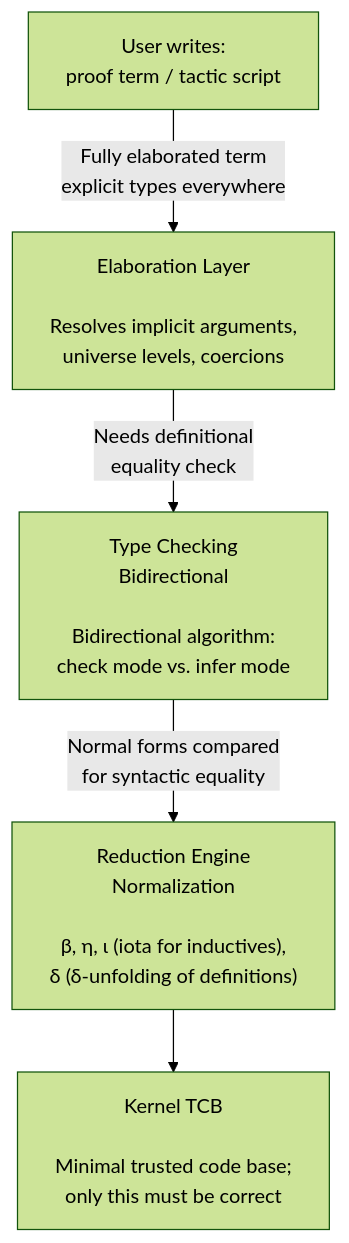
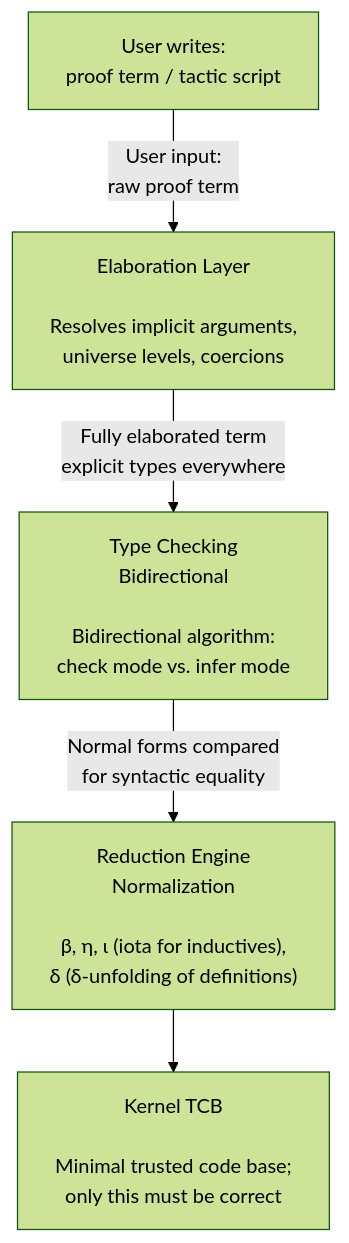
The diagram in topics/formal_sciences/logic/proof_theory/lesson_06_dependent_types_constructive_proof_theory.md (blebleblee/synapse), drawn with Mermaid (forest theme) before and after one commit. The commit also changed other lines of this file and 138 other files, not shown here.

````diff
--- a/topics/formal_sciences/logic/proof_theory/lesson_06_dependent_types_constructive_proof_theory.md
+++ b/topics/formal_sciences/logic/proof_theory/lesson_06_dependent_types_constructive_proof_theory.md
@@ -140,13 +140,13 @@
 ```mermaid
 flowchart TD
     A["User writes:<br/>proof term / tactic script"]
     B["Elaboration Layer<br/><br/>Resolves implicit arguments,<br/>universe levels, coercions"]
     C["Type Checking<br/>Bidirectional<br/><br/>Bidirectional algorithm:<br/>check mode vs. infer mode"]
     D["Reduction Engine<br/>Normalization<br/><br/>β, η, ι (iota for inductives),<br/>δ (δ-unfolding of definitions)"]
     E["Kernel TCB<br/><br/>Minimal trusted code base;<br/>only this must be correct"]
     
-    A -->|"Fully elaborated term<br/>explicit types everywhere"| B
-    B -->|"Needs definitional<br/>equality check"| C
+    A -->|"User input:<br/>raw proof term"| B
+    B -->|"Fully elaborated term<br/>explicit types everywhere"| C
     C -->|"Normal forms compared<br/>for syntactic equality"| D
     D --> E
 ```
````
